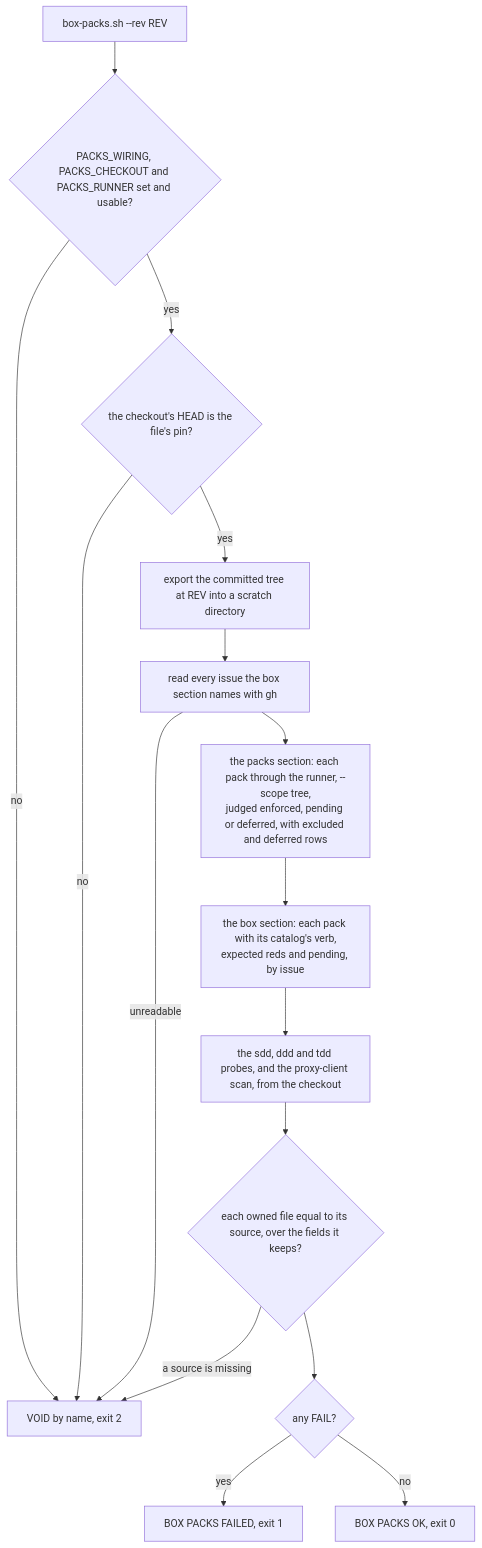
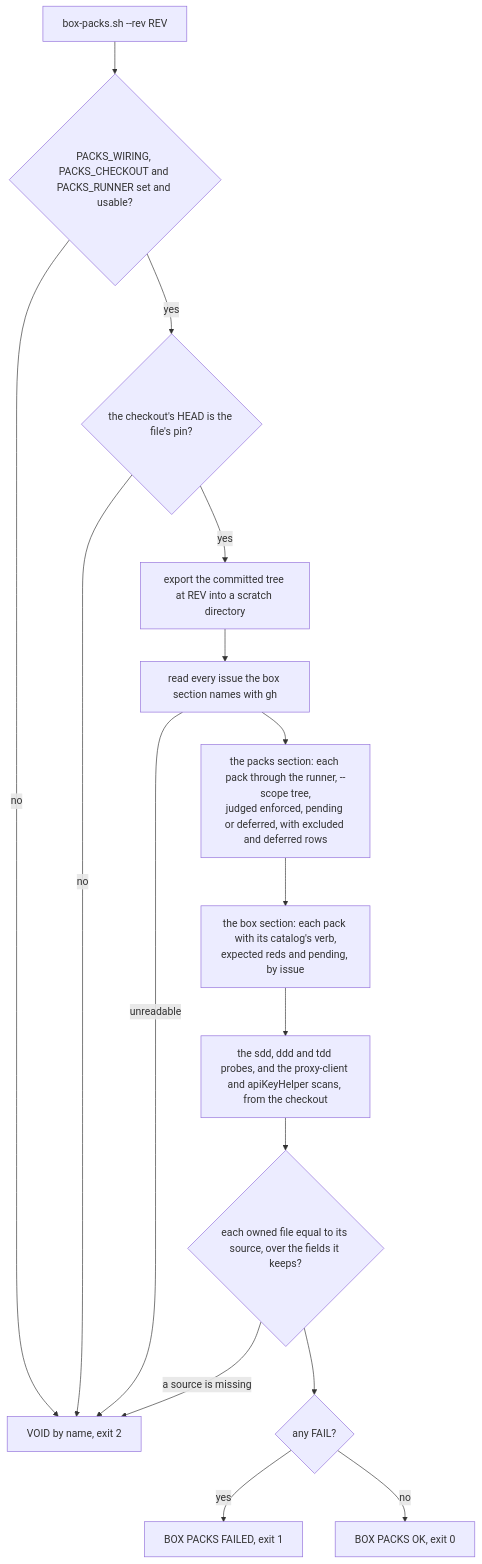
One commit to RexRenatus/deck-streak changed the second of 2 diagrams in docs/schematics/pack-judgment-on-the-box.md. Above: the diagram before and after it, drawn with Mermaid. The commit also changed other lines of this file and 9 other files, not shown here.

````diff
--- a/docs/schematics/pack-judgment-on-the-box.md
+++ b/docs/schematics/pack-judgment-on-the-box.md
@@ -26,18 +27,18 @@
 ```mermaid
 flowchart TD
   start[box-packs.sh --rev REV] --> env{PACKS_WIRING, PACKS_CHECKOUT and PACKS_RUNNER set and usable?}
   env -- no --> void[VOID by name, exit 2]
   env -- yes --> pin{the checkout's HEAD is the file's pin?}
   pin -- no --> void
   pin -- yes --> export[export the committed tree at REV into a scratch directory]
   export --> issues[read every issue the box section names with gh]
   issues -- unreadable --> void
   issues --> packs["the packs section: each pack through the runner, --scope tree,<br/>judged enforced, pending or deferred, with excluded and deferred rows"]
   packs --> boxed["the box section: each pack with its catalog's verb,<br/>expected reds and pending, by issue"]
-  boxed --> probes[the sdd, ddd and tdd probes, and the proxy-client scan, from the checkout]
+  boxed --> probes[the sdd, ddd and tdd probes, and the proxy-client and apiKeyHelper scans, from the checkout]
   probes --> drift{each owned file equal to its source, over the fields it keeps?}
   drift -- a source is missing --> void
   drift --> summary{any FAIL?}
   summary -- yes --> failed[BOX PACKS FAILED, exit 1]
   summary -- no --> ok[BOX PACKS OK, exit 0]
 ```
````
